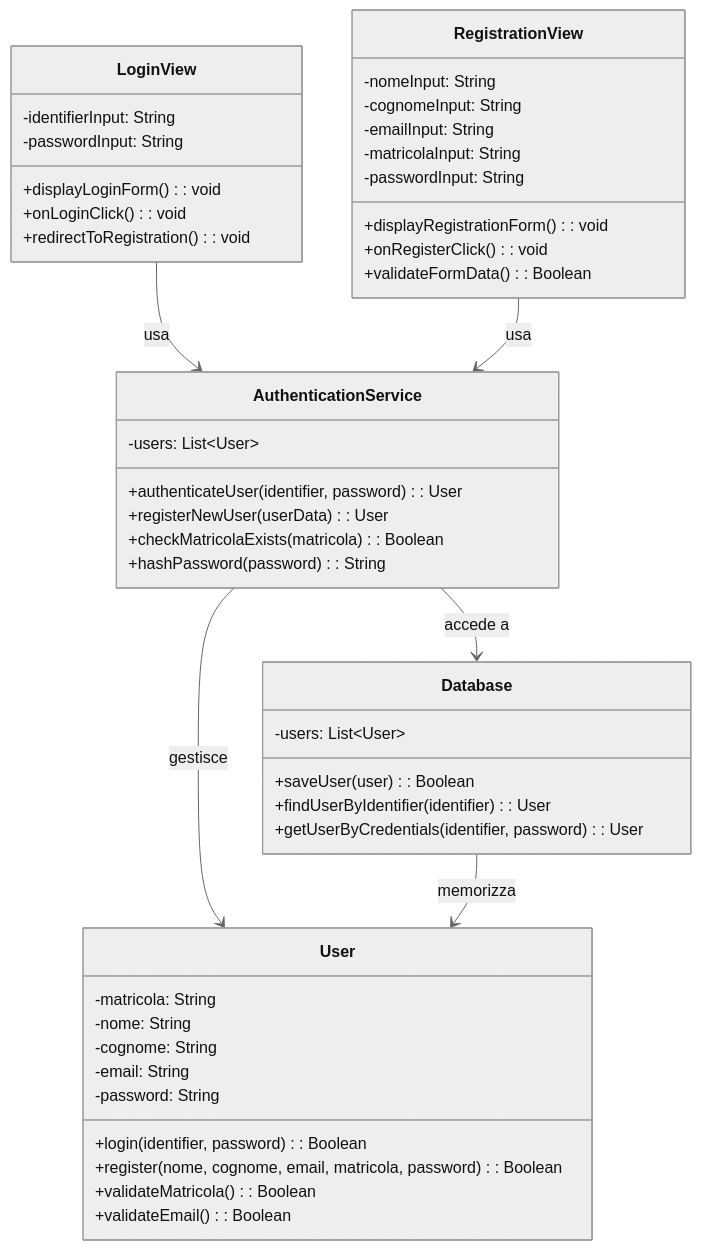
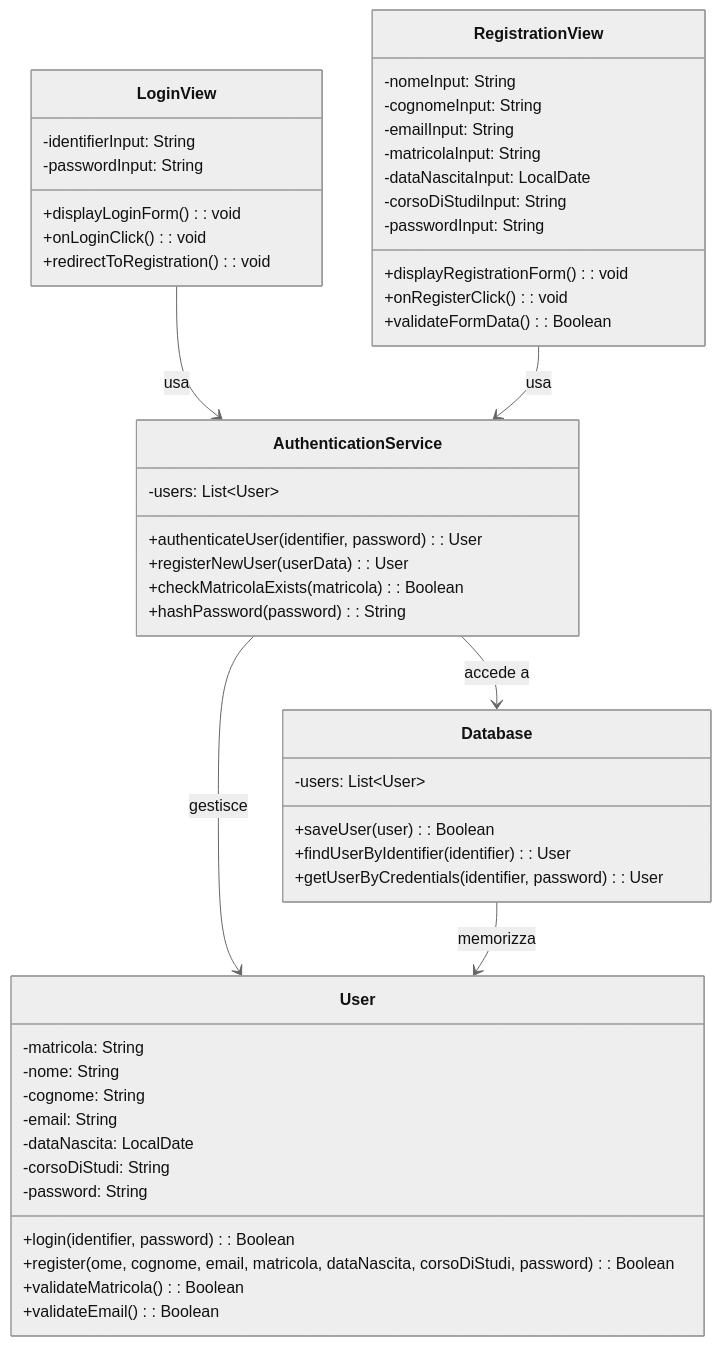
Before and after one commit to Sil2564/unibo_tutoring: the third of 8 diagrams in README.md, drawn with Mermaid (neutral theme). The commit also changed other lines of this file, not shown here.

Commit message:
fix readme registration part

````diff
--- a/README.md
+++ b/README.md
@@ -167,49 +167,53 @@
 ```mermaid
 classDiagram
     class User {
         -matricola: String
         -nome: String
         -cognome: String
         -email: String
+        -dataNascita: LocalDate
+        -corsoDiStudi: String
         -password: String
         +login(identifier, password): Boolean
-        +register(nome, cognome, email, matricola, password): Boolean
+        +register(ome, cognome, email, matricola, dataNascita, corsoDiStudi, password): Boolean
         +validateMatricola(): Boolean
         +validateEmail(): Boolean
     }
     class AuthenticationService {
         -users: List~User~
         +authenticateUser(identifier, password): User
         +registerNewUser(userData): User
         +checkMatricolaExists(matricola): Boolean
         +hashPassword(password): String
     }
     class LoginView {
         -identifierInput: String
         -passwordInput: String
         +displayLoginForm(): void
         +onLoginClick(): void
         +redirectToRegistration(): void
     }
     class RegistrationView {
         -nomeInput: String
         -cognomeInput: String
         -emailInput: String
         -matricolaInput: String
+        -dataNascitaInput: LocalDate
+        -corsoDiStudiInput: String
         -passwordInput: String
         +displayRegistrationForm(): void
         +onRegisterClick(): void
         +validateFormData(): Boolean
-    }
+}
     class Database {
         -users: List~User~
         +saveUser(user): Boolean
         +findUserByIdentifier(identifier): User
         +getUserByCredentials(identifier, password): User
     }
     LoginView --> AuthenticationService: usa
     RegistrationView --> AuthenticationService: usa
     AuthenticationService --> Database: accede a
     AuthenticationService --> User: gestisce
     Database --> User: memorizza
 ```
````
